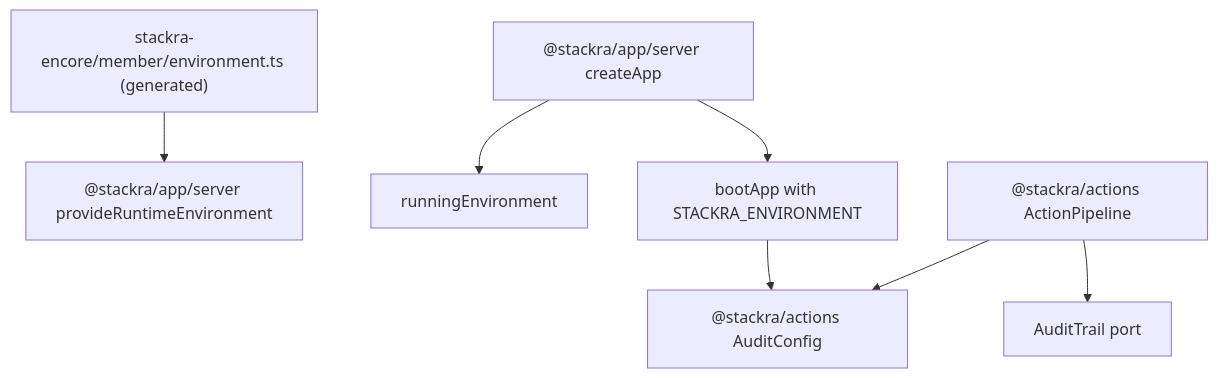
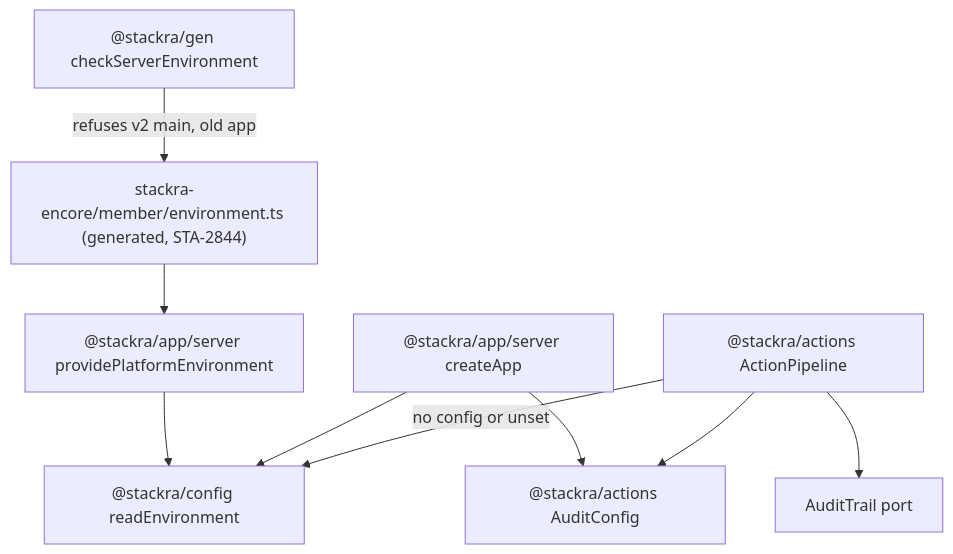
Before and after one commit to figentra/stackra: the diagram in .agents/specs/sta-1571-audit-fail-closed/plan.md, drawn with Mermaid. The commit also changed other lines of this file and 35 other files, not shown here.

First line of the commit message:
fix(actions,gen): fail closed on the one environment reader, refuse a v2 main and an old app

````diff
--- a/.agents/specs/sta-1571-audit-fail-closed/plan.md
+++ b/.agents/specs/sta-1571-audit-fail-closed/plan.md
@@ -83,9 +88,11 @@
 ```mermaid
 flowchart TD
-  envfile["stackra-encore/member/environment.ts (generated)"] --> provide["@stackra/app/server provideRuntimeEnvironment"]
-  createApp["@stackra/app/server createApp"] --> running["runningEnvironment"]
-  createApp --> boot["bootApp with STACKRA_ENVIRONMENT"]
-  boot --> config["@stackra/actions AuditConfig"]
+  envfile["stackra-encore/member/environment.ts (generated, STA-2844)"] --> provide["@stackra/app/server providePlatformEnvironment"]
+  provide --> reader["@stackra/config readEnvironment"]
+  createApp["@stackra/app/server createApp"] --> reader
+  createApp --> config["@stackra/actions AuditConfig"]
   pipeline["@stackra/actions ActionPipeline"] --> config
+  pipeline -->|"no config or unset"| reader
   pipeline --> trail["AuditTrail port"]
+  gen["@stackra/gen checkServerEnvironment"] -->|"refuses v2 main, old app"| envfile
 ```
````
